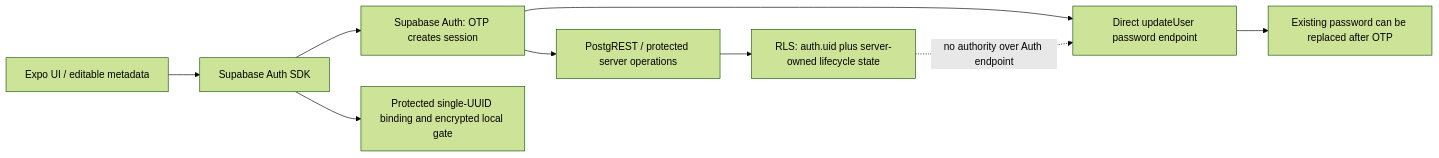
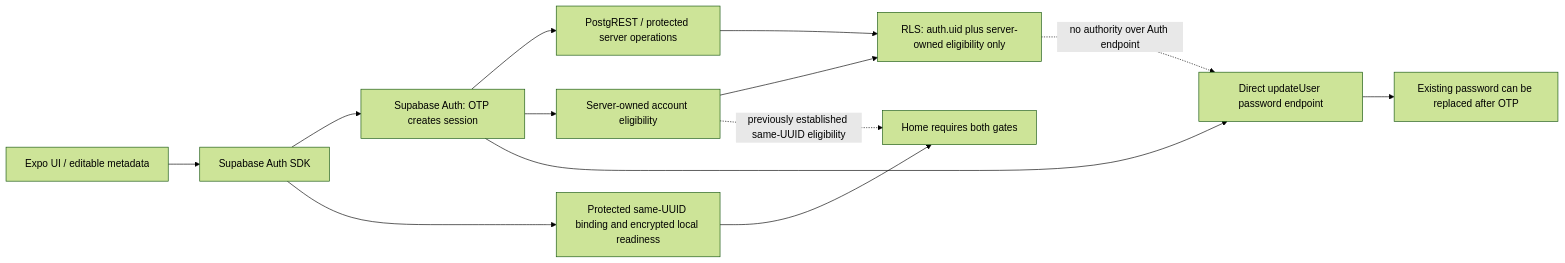
The third of 3 diagrams in docs/27-OTP-FIRST-AUTH-LIFECYCLE.md (im-tnyx/Tio-Workspace), drawn with Mermaid (forest theme) before and after one commit. The commit also changed other lines of this file and 6 other files, not shown here.

Commit message:
docs(docs): separate Auth eligibility from local readiness

````diff
--- a/docs/27-OTP-FIRST-AUTH-LIFECYCLE.md
+++ b/docs/27-OTP-FIRST-AUTH-LIFECYCLE.md
@@ -54,11 +67,15 @@
 ```mermaid
 flowchart LR
     UI[Expo UI / editable metadata] --> SDK[Supabase Auth SDK]
     SDK --> AUTH[Supabase Auth: OTP creates session]
     AUTH --> API[PostgREST / protected server operations]
-    API --> RLS[RLS: auth.uid plus server-owned lifecycle state]
+    AUTH --> SERVER[Server-owned account eligibility]
+    API --> RLS[RLS: auth.uid plus server-owned eligibility only]
+    SERVER --> RLS
     AUTH --> DIRECT[Direct updateUser password endpoint]
     DIRECT --> RISK[Existing password can be replaced after OTP]
-    SDK --> LOCAL[Protected single-UUID binding and encrypted local gate]
+    SDK --> LOCAL[Protected same-UUID binding and encrypted local readiness]
+    SERVER -. previously established same-UUID eligibility .-> HOME[Home requires both gates]
+    LOCAL --> HOME
     RLS -. no authority over Auth endpoint .-> DIRECT
 ```
````
